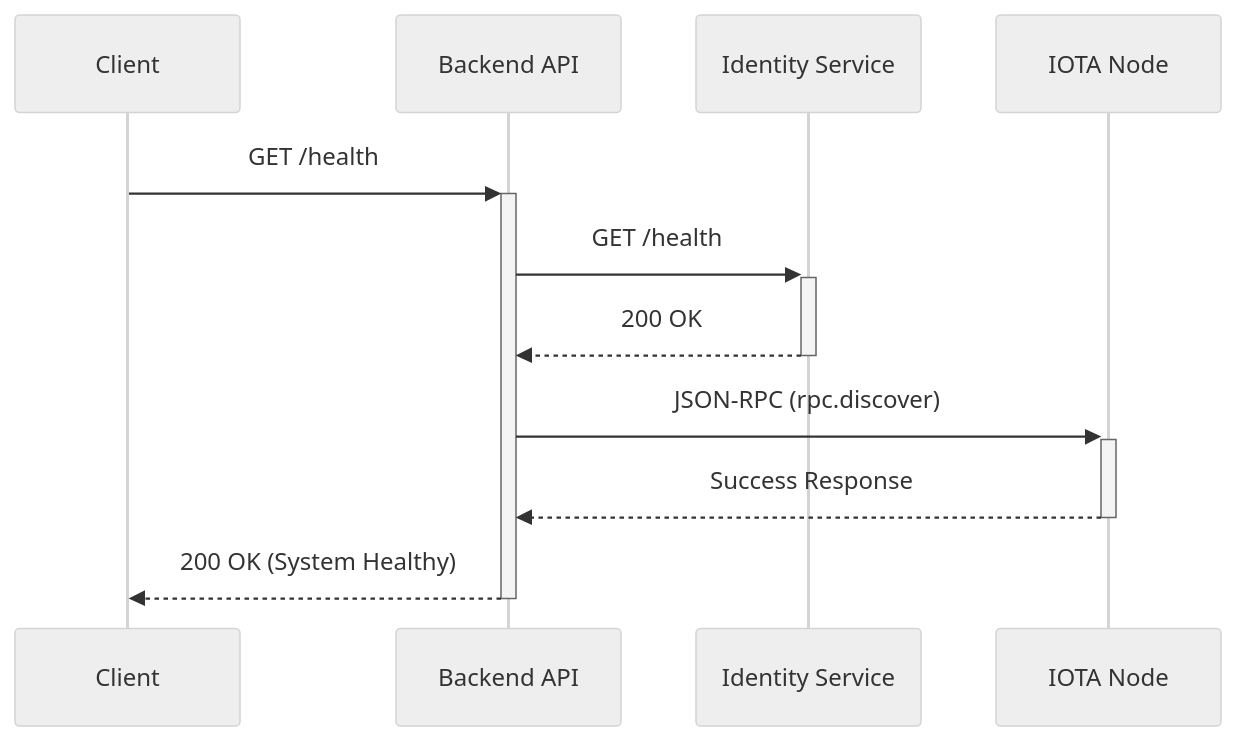
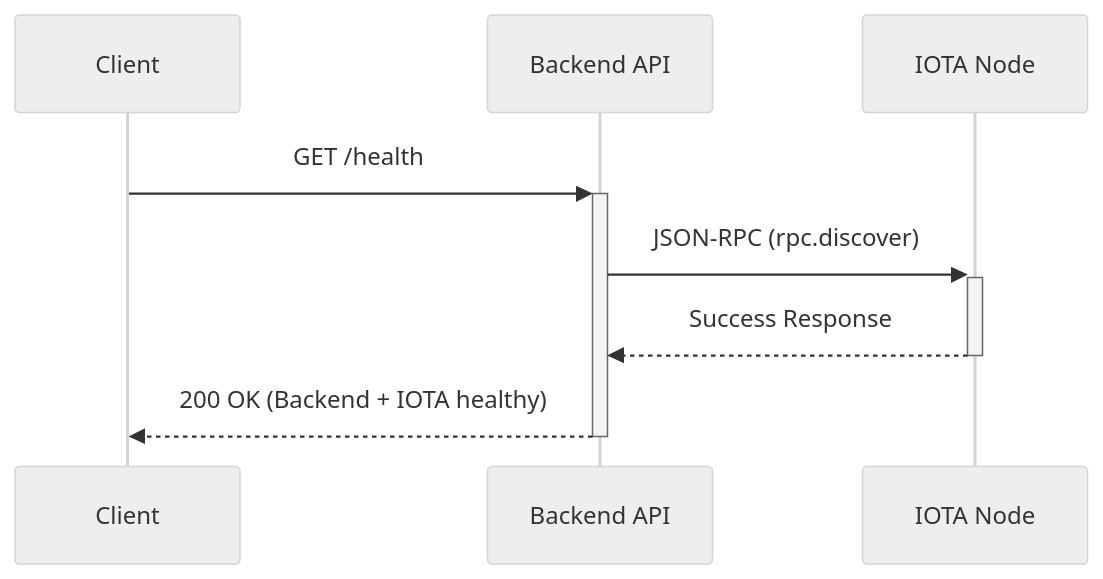
One commit to theweboftrust/wot.id-public-docs changed the second of 7 diagrams in 02_System_Architecture.md. Above: the diagram before and after it, drawn with Mermaid (neutral theme). The commit also changed other lines of this file, not shown here.

````diff
--- a/02_System_Architecture.md
+++ b/02_System_Architecture.md
@@ -330,14 +314,11 @@
 ```mermaid
 sequenceDiagram
     participant Client
     participant Backend API
-    participant Identity Service
     participant IOTA Node
 
     Client->>+Backend API: GET /health
-    Backend API->>+Identity Service: GET /health
-    Identity Service-->>-Backend API: 200 OK
     Backend API->>+IOTA Node: JSON-RPC (rpc.discover)
     IOTA Node-->>-Backend API: Success Response
-    Backend API-->>-Client: 200 OK (System Healthy)
+    Backend API-->>-Client: 200 OK (Backend + IOTA healthy)
 ```
````
